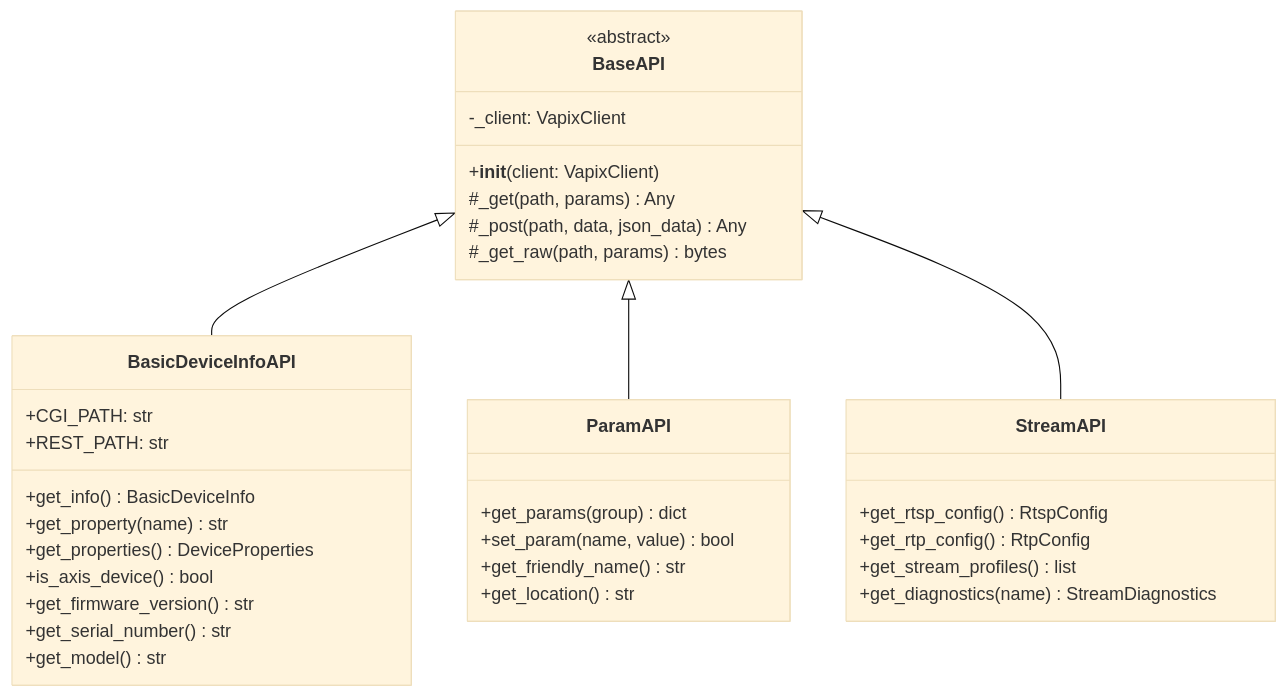
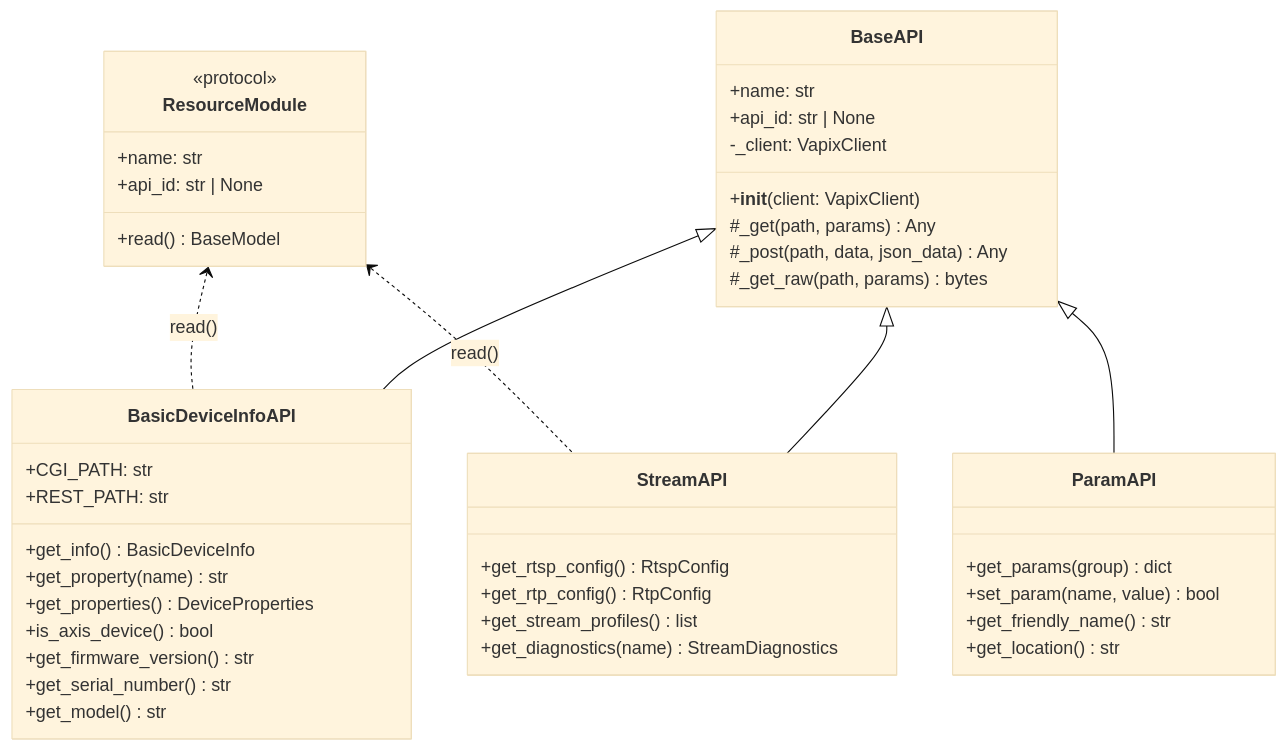
The third of 29 diagrams in docs/architecture.md (NetDevAutomate/axiscam), drawn with Mermaid (base theme) before and after one commit. The commit also changed other lines of this file and 17 other files, not shown here.

First line of the commit message:
docs(phase-1): registry architecture, module tables, report shape; coverage 58

````diff
--- a/docs/architecture.md
+++ b/docs/architecture.md
@@ -167,41 +178,51 @@
 ```mermaid
 classDiagram
+    class ResourceModule {
+        <<protocol>>
+        +name: str
+        +api_id: str | None
+        +read() BaseModel
+    }
+
     class BaseAPI {
-        <<abstract>>
+        +name: str
+        +api_id: str | None
         -_client: VapixClient
         +__init__(client: VapixClient)
         #_get(path, params) Any
         #_post(path, data, json_data) Any
         #_get_raw(path, params) bytes
     }
 
     class BasicDeviceInfoAPI {
         +CGI_PATH: str
         +REST_PATH: str
         +get_info() BasicDeviceInfo
         +get_property(name) str
         +get_properties() DeviceProperties
         +is_axis_device() bool
         +get_firmware_version() str
         +get_serial_number() str
         +get_model() str
     }
 
     class ParamAPI {
         +get_params(group) dict
         +set_param(name, value) bool
         +get_friendly_name() str
         +get_location() str
     }
 
     class StreamAPI {
         +get_rtsp_config() RtspConfig
         +get_rtp_config() RtpConfig
         +get_stream_profiles() list
         +get_diagnostics(name) StreamDiagnostics
     }
 
     BaseAPI <|-- BasicDeviceInfoAPI
     BaseAPI <|-- ParamAPI
     BaseAPI <|-- StreamAPI
+    ResourceModule <.. BasicDeviceInfoAPI : read()
+    ResourceModule <.. StreamAPI : read()
 ```
````
